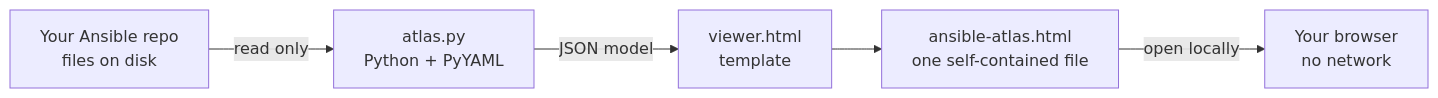
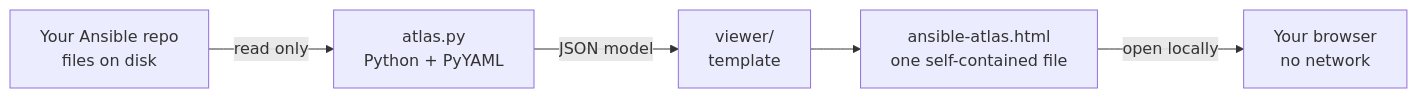
The diagram in README.md (Aaronarphaxad/ansible-atlas), drawn with Mermaid before and after one commit. The commit also changed other lines of this file and 30 other files, not shown here.

````diff
--- a/README.md
+++ b/README.md
@@ -127,7 +130,7 @@
 ```mermaid
 flowchart LR
   A[Your Ansible repo<br/>files on disk] -->|read only| B[atlas.py<br/>Python + PyYAML]
-  B -->|JSON model| C[viewer.html<br/>template]
+  B -->|JSON model| C[viewer/<br/>template]
   C --> D[ansible-atlas.html<br/>one self-contained file]
   D -->|open locally| F[Your browser<br/>no network]
 ```
````
